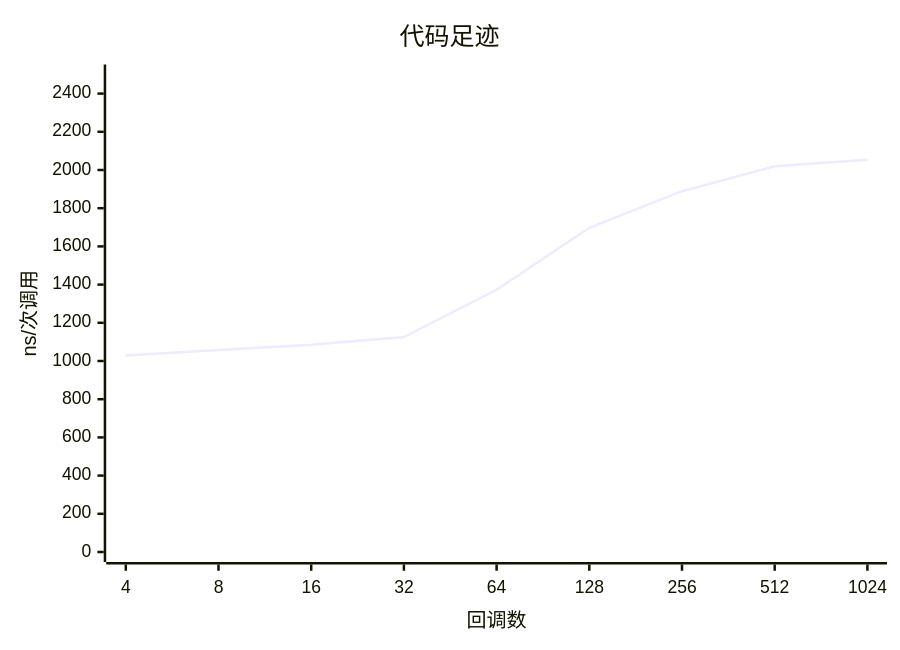
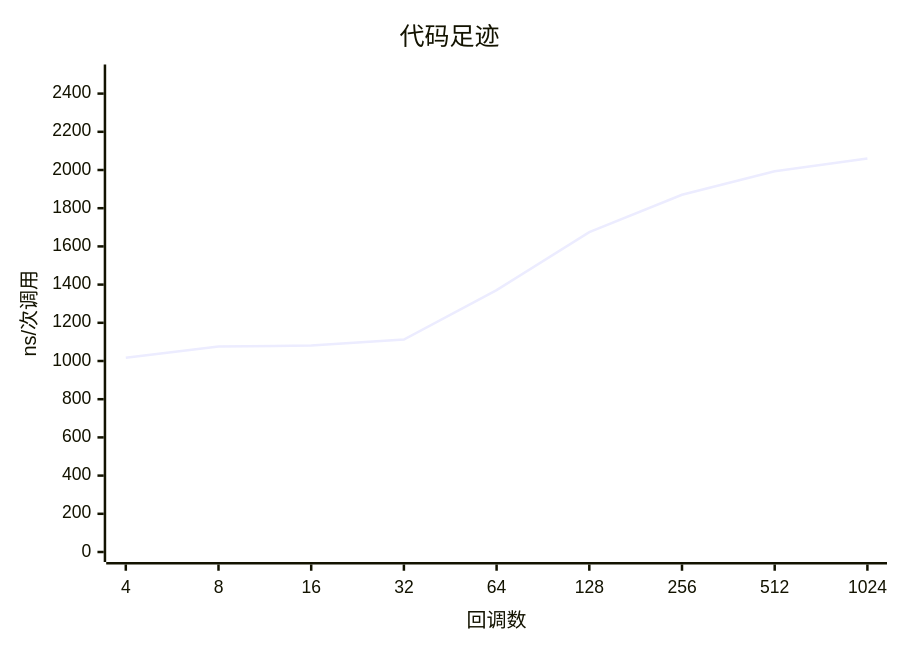
One commit to FASTSHIFT/cachecliff changed the first of 4 diagrams in docs/examples/h743.md. Above: the diagram before and after it, drawn with Mermaid. The commit also changed other lines of this file and 1 other file, not shown here.

````diff
--- a/docs/examples/h743.md
+++ b/docs/examples/h743.md
@@ -29,7 +29,7 @@
 ```mermaid
 xychart-beta
     title "代码足迹"
     x-axis "回调数" ["4", "8", "16", "32", "64", "128", "256", "512", "1024"]
     y-axis "ns/次调用" 0 --> 2500
-    line [1028.52, 1057.04, 1085.17, 1125.23, 1373.04, 1697.2, 1889, 2020.02, 2053.98]
+    line [1016.94, 1075.79, 1081.12, 1111.94, 1371.11, 1674.5, 1870.22, 1993.19, 2060]
 ```
````
